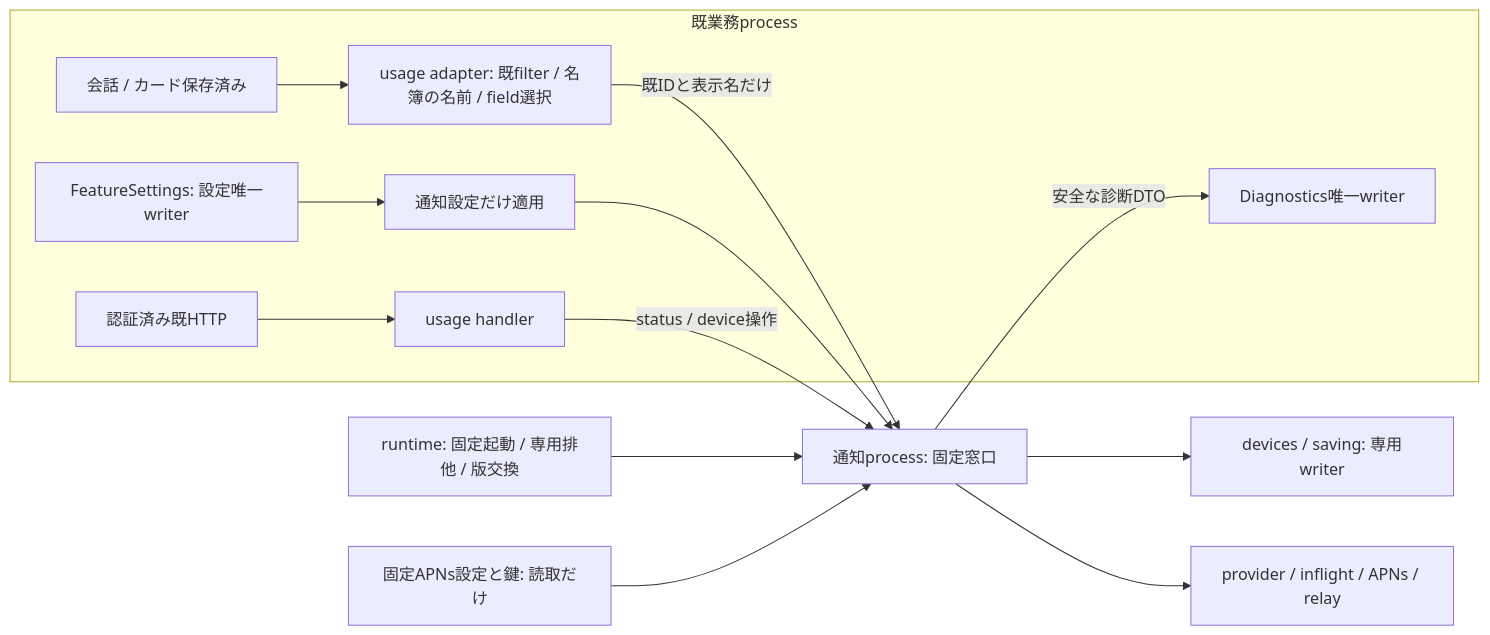
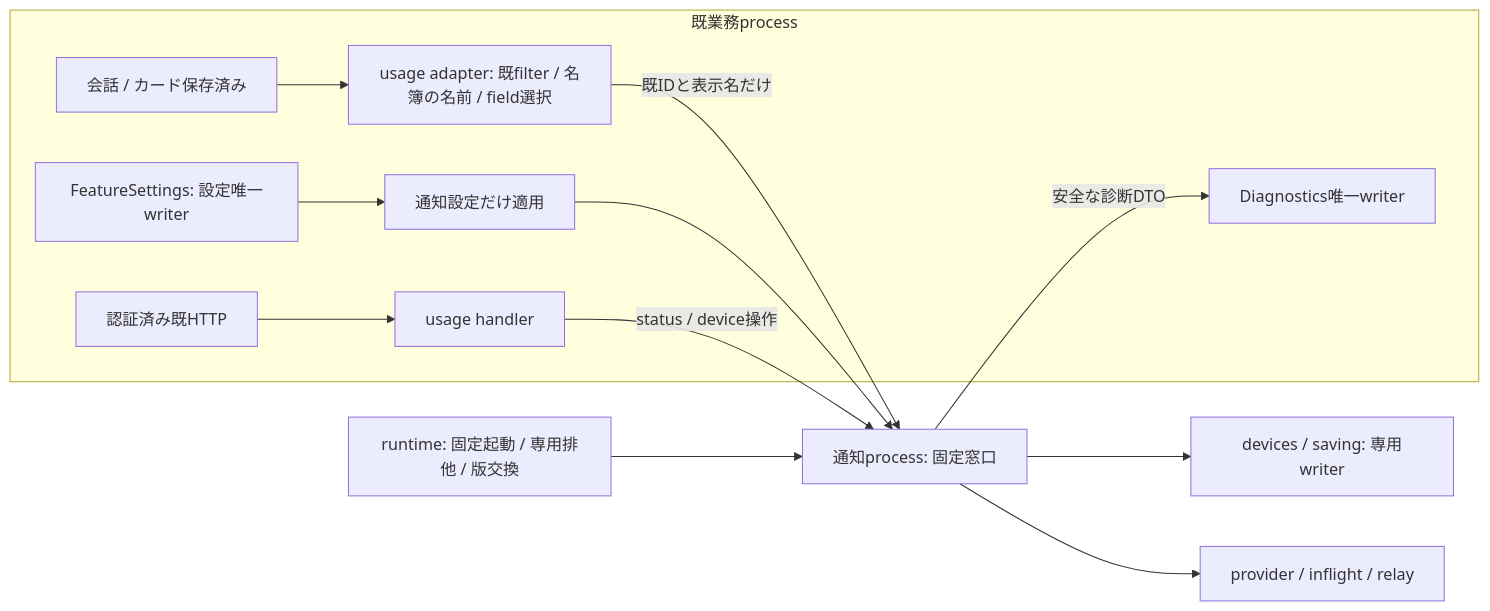
Before and after one commit to kitepon/BellTeam: the fourth of 7 diagrams in docs/architecture/modules/usage/notification-process.md, drawn with Mermaid. The commit also changed other lines of this file and 41 other files, not shown here.

````diff
--- a/docs/architecture/modules/usage/notification-process.md
+++ b/docs/architecture/modules/usage/notification-process.md
@@ -128,17 +127,16 @@
 ```mermaid
 flowchart LR
   subgraph Parent[既業務process]
     Saved[会話 / カード保存済み] --> Adapter[usage adapter: 既filter / 名簿の名前 / field選択]
     Settings[FeatureSettings: 設定唯一writer] --> Apply[通知設定だけ適用]
     HTTP[認証済み既HTTP] --> Endpoint[usage handler]
     Diag[Diagnostics唯一writer]
   end
   Adapter -->|既IDと表示名だけ| Child[通知process: 固定窓口]
   Apply --> Child
   Endpoint -->|status / device操作| Child
   Child --> Writer[devices / saving: 専用writer]
-  Child --> Provider[provider / inflight / APNs / relay]
+  Child --> Provider[provider / inflight / relay]
   Child -->|安全な診断DTO| Diag
   Runtime[runtime: 固定起動 / 専用排他 / 版交換] --> Child
-  Key[固定APNs設定と鍵: 読取だけ] --> Child
 ```
````
